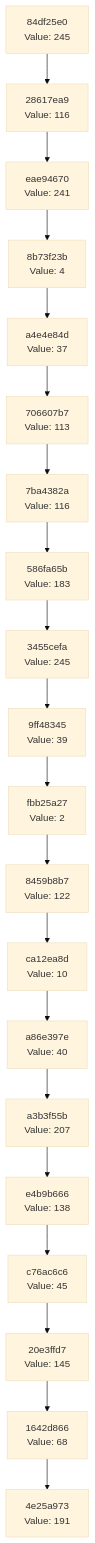
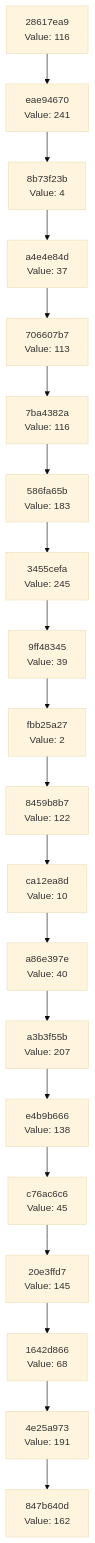
Before and after one commit to Abhisheksinha1506/hash-chain-evolver: the diagram in docs/CHAIN_VISUALIZATION.md, drawn with Mermaid (base theme). The commit also changed 3 other files, not shown here.

````diff
--- a/docs/CHAIN_VISUALIZATION.md
+++ b/docs/CHAIN_VISUALIZATION.md
@@ -3,42 +3,42 @@
 ```mermaid
 graph TD
-    C0["4e25a973<br/>Value: 191"]
-    C1["1642d866<br/>Value: 68"]
+    C0["847b640d<br/>Value: 162"]
+    C1["4e25a973<br/>Value: 191"]
     C1 --> C0
-    C2["20e3ffd7<br/>Value: 145"]
+    C2["1642d866<br/>Value: 68"]
     C2 --> C1
-    C3["c76ac6c6<br/>Value: 45"]
+    C3["20e3ffd7<br/>Value: 145"]
     C3 --> C2
-    C4["e4b9b666<br/>Value: 138"]
+    C4["c76ac6c6<br/>Value: 45"]
     C4 --> C3
-    C5["a3b3f55b<br/>Value: 207"]
+    C5["e4b9b666<br/>Value: 138"]
     C5 --> C4
-    C6["a86e397e<br/>Value: 40"]
+    C6["a3b3f55b<br/>Value: 207"]
     C6 --> C5
-    C7["ca12ea8d<br/>Value: 10"]
+    C7["a86e397e<br/>Value: 40"]
     C7 --> C6
-    C8["8459b8b7<br/>Value: 122"]
+    C8["ca12ea8d<br/>Value: 10"]
     C8 --> C7
-    C9["fbb25a27<br/>Value: 2"]
+    C9["8459b8b7<br/>Value: 122"]
     C9 --> C8
-    C10["9ff48345<br/>Value: 39"]
+    C10["fbb25a27<br/>Value: 2"]
     C10 --> C9
-    C11["3455cefa<br/>Value: 245"]
+    C11["9ff48345<br/>Value: 39"]
     C11 --> C10
-    C12["586fa65b<br/>Value: 183"]
+    C12["3455cefa<br/>Value: 245"]
     C12 --> C11
-    C13["7ba4382a<br/>Value: 116"]
+    C13["586fa65b<br/>Value: 183"]
     C13 --> C12
-    C14["706607b7<br/>Value: 113"]
+    C14["7ba4382a<br/>Value: 116"]
     C14 --> C13
-    C15["a4e4e84d<br/>Value: 37"]
+    C15["706607b7<br/>Value: 113"]
     C15 --> C14
-    C16["8b73f23b<br/>Value: 4"]
+    C16["a4e4e84d<br/>Value: 37"]
     C16 --> C15
-    C17["eae94670<br/>Value: 241"]
+    C17["8b73f23b<br/>Value: 4"]
     C17 --> C16
-    C18["28617ea9<br/>Value: 116"]
+    C18["eae94670<br/>Value: 241"]
     C18 --> C17
-    C19["84df25e0<br/>Value: 245"]
+    C19["28617ea9<br/>Value: 116"]
     C19 --> C18
 ```
````
